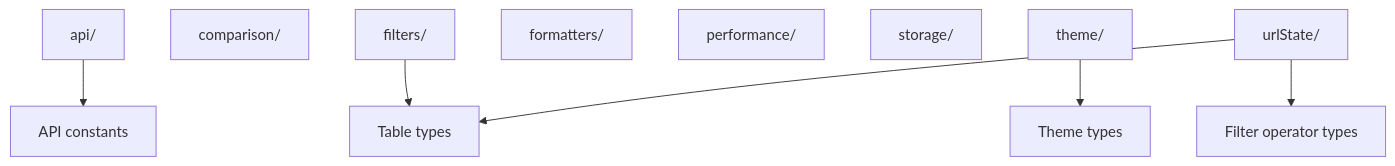
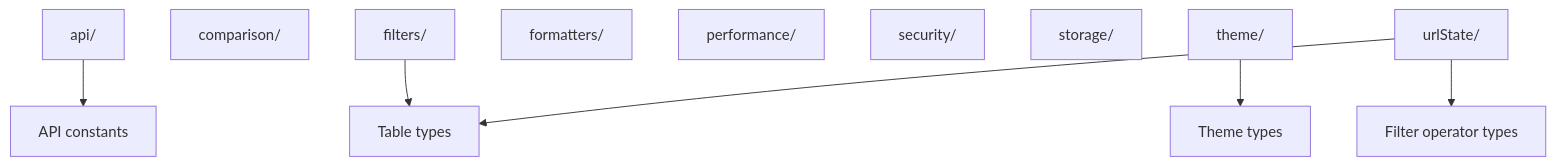
Before and after one commit to luciocabrera/lcabrera-stack: the diagram in src/utils/ARCHITECTURE.md, drawn with Mermaid. The commit also changed other lines of this file and 11 other files, not shown here.

````diff
--- a/src/utils/ARCHITECTURE.md
+++ b/src/utils/ARCHITECTURE.md
@@ -31,17 +33,18 @@
 ```mermaid
 graph TD
   API[api/]
   Comparison[comparison/]
   Filters[filters/]
   Formatters[formatters/]
   Performance[performance/]
+  Security[security/]
   Storage[storage/]
   Theme[theme/]
   URLState[urlState/]
 
   API --> Constants[API constants]
   Filters --> TableTypes[Table types]
   URLState --> TableTypes
   URLState --> FilterTypes[Filter operator types]
   Theme --> ThemeTypes[Theme types]
 ```
````
